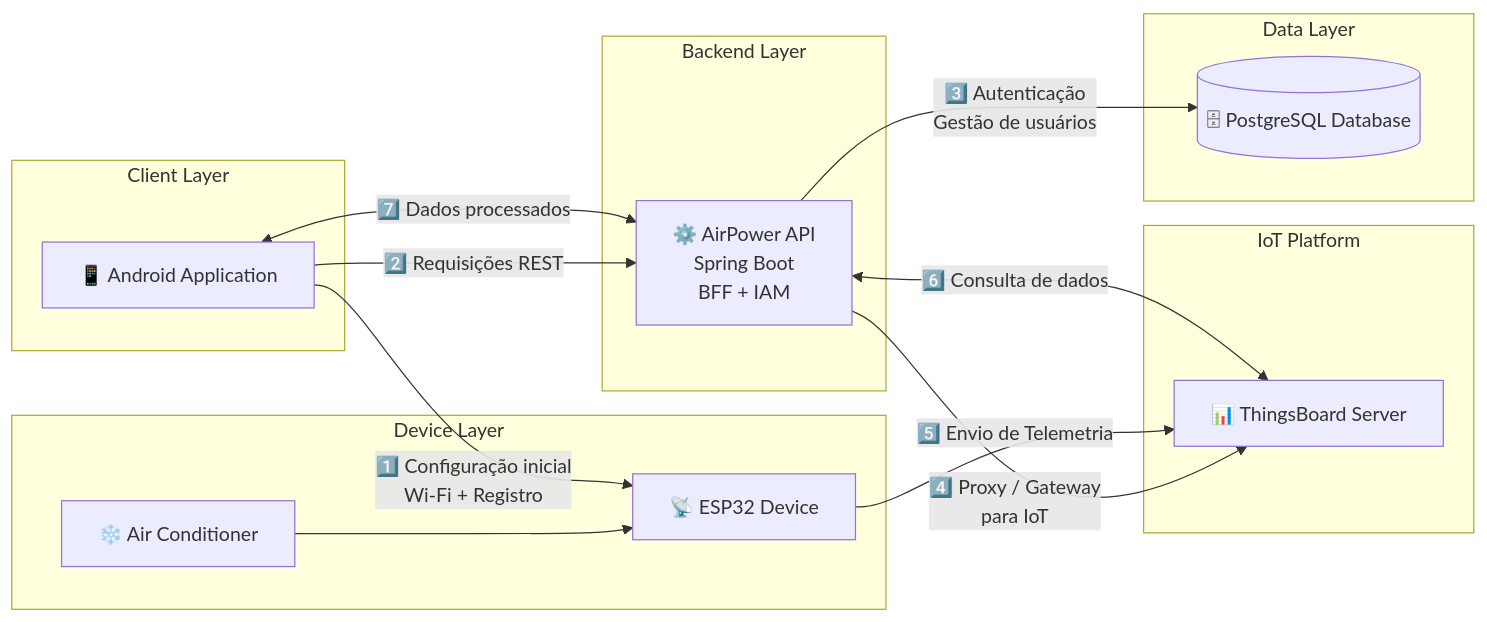
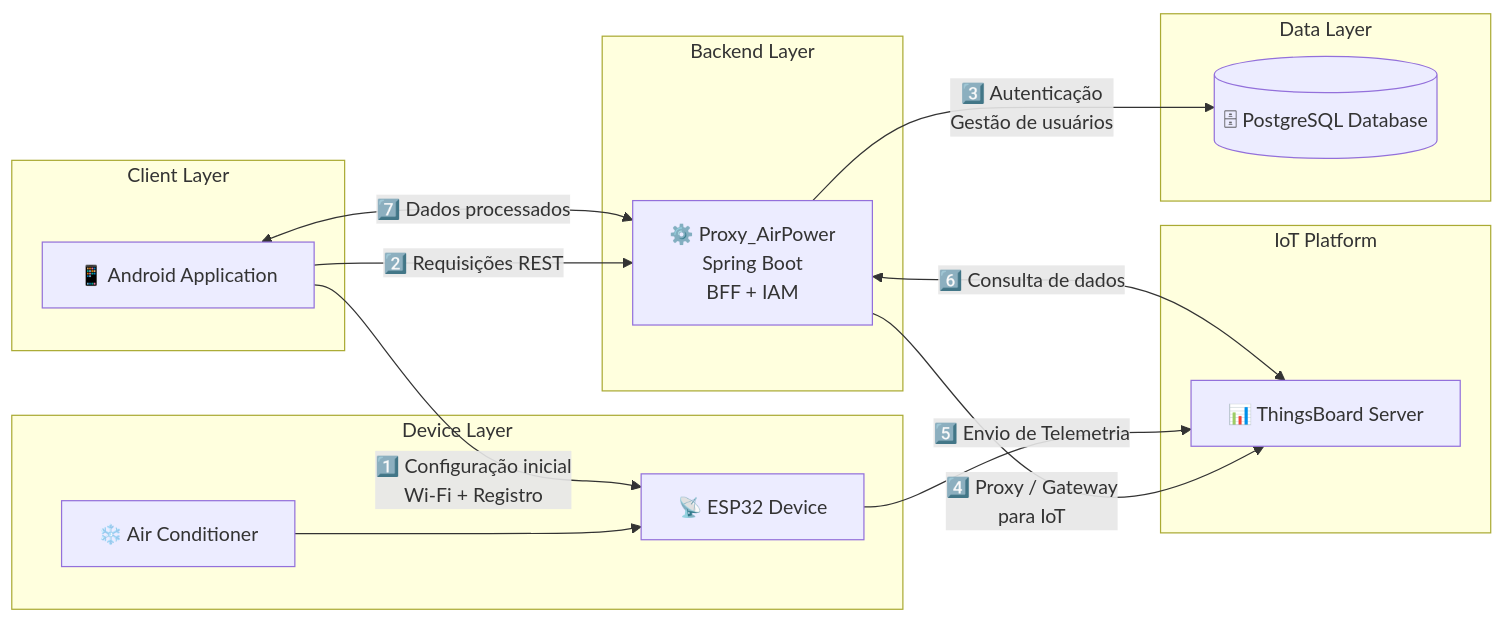
One commit to DCF-2/Proxy_AirPower changed the diagram in README.md. Above: the diagram before and after it, drawn with Mermaid.

Commit message:
Doc[readme]: renomeia o nome da api para proxy.

````diff
--- a/README.md
+++ b/README.md
@@ -34,34 +34,34 @@
 ```mermaid
 flowchart LR
 
 subgraph Client Layer
     APP[📱 Android Application]
 end
 
 subgraph Device Layer
     ESP[📡 ESP32 Device]
     AC[❄️ Air Conditioner]
 end
 
 subgraph Backend Layer
-    API[⚙️ AirPower API<br>Spring Boot<br>BFF + IAM]
+    API[⚙️ Proxy_AirPower <br>Spring Boot<br>BFF + IAM]
 end
 
 subgraph IoT Platform
     TB[📊 ThingsBoard Server]
 end
 
 subgraph Data Layer
     DB[(🗄 PostgreSQL Database)]
 end
 
 AC --> ESP
 
 APP -- 1️⃣ Configuração inicial<br>Wi-Fi + Registro --> ESP
 APP -- 2️⃣ Requisições REST --> API
 API -- 3️⃣ Autenticação<br>Gestão de usuários --> DB
 API -- 4️⃣ Proxy / Gateway<br>para IoT --> TB
 ESP -- 5️⃣ Envio de Telemetria --> TB
 API <-- 6️⃣ Consulta de dados --> TB
 APP <-- 7️⃣ Dados processados --> API
 ```
````
